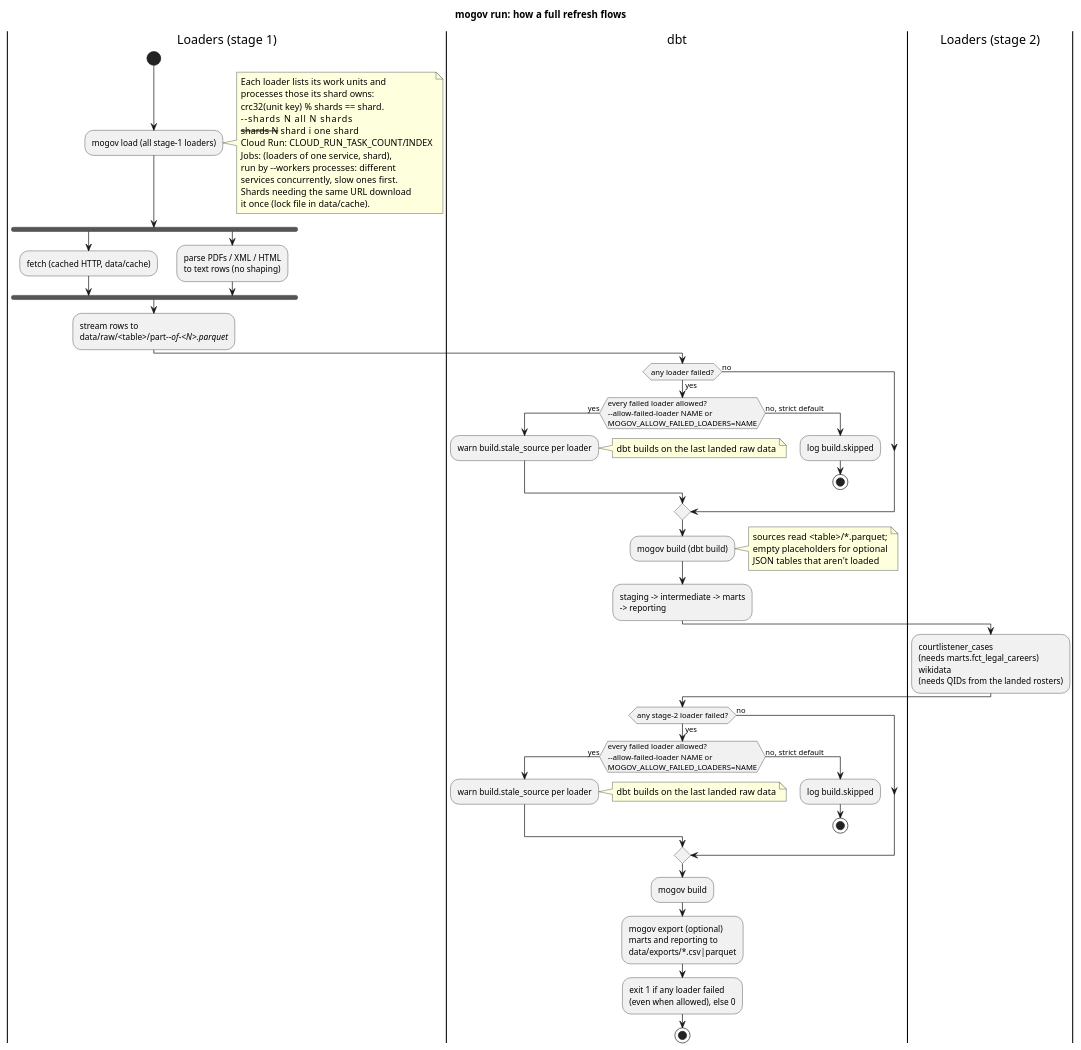
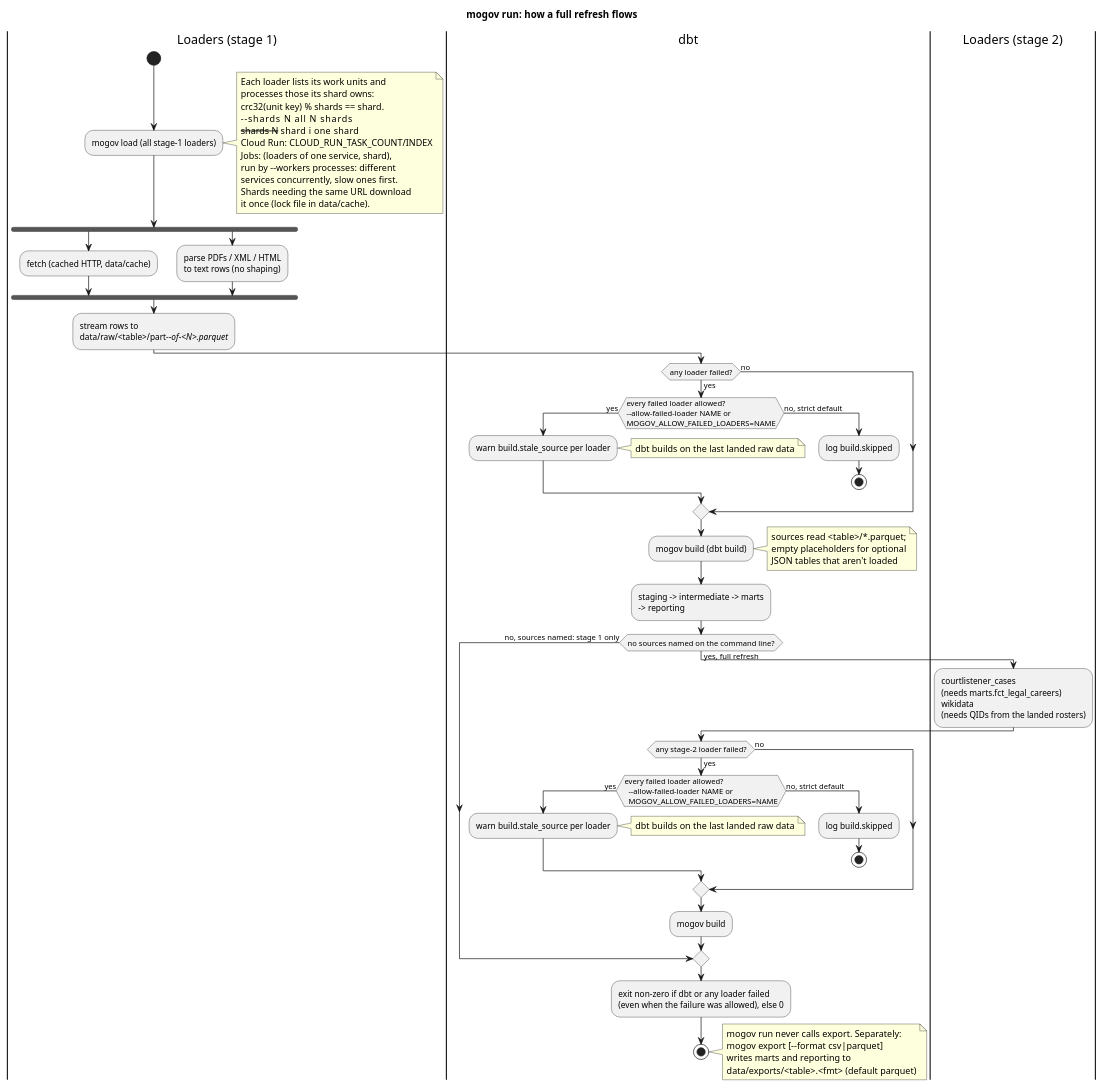
Before and after one commit to akettmann/missouri_gov_feed: the diagram in docs/diagrams/pipeline.puml, drawn with PlantUML. The commit also changed 3 other files, not shown here.

Commit message:
Shut metrics down once; correct pipeline diagram (stage 2 gating, exit, export) (#202)

```diff
--- a/docs/diagrams/pipeline.puml
+++ b/docs/diagrams/pipeline.puml
@@ -1,77 +1,84 @@
 @startuml pipeline
 title mogov run: how a full refresh flows
 
 |Loaders (stage 1)|
 start
 :mogov load (all stage-1 loaders);
 note right
   Each loader lists its work units and
   processes those its shard owns:
   crc32(unit key) % shards == shard.
   --shards N        all N shards
   --shards N --shard i   one shard
   Cloud Run: CLOUD_RUN_TASK_COUNT/INDEX
   Jobs: (loaders of one service, shard),
   run by --workers processes: different
   services concurrently, slow ones first.
   Shards needing the same URL download
   it once (lock file in data/cache).
 end note
 fork
   :fetch (cached HTTP, data/cache);
 fork again
   :parse PDFs / XML / HTML
   to text rows (no shaping);
 end fork
 :stream rows to
 data/raw/<table>/part-<i>-of-<N>.parquet;
 
 |dbt|
 if (any loader failed?) then (yes)
   if (every failed loader allowed?
 --allow-failed-loader NAME or
 MOGOV_ALLOW_FAILED_LOADERS=NAME) then (yes)
     :warn build.stale_source per loader;
     note right: dbt builds on the last landed raw data
   else (no, strict default)
     :log build.skipped;
     stop
   endif
 else (no)
 endif
 :mogov build (dbt build);
 note right
   sources read <table>/*.parquet;
   empty placeholders for optional
   JSON tables that aren't loaded
 end note
 :staging -> intermediate -> marts
 -> reporting;
 
-|Loaders (stage 2)|
-:courtlistener_cases
-(needs marts.fct_legal_careers)
-wikidata
-(needs QIDs from the landed rosters);
+if (no sources named on the command line?) then (yes, full refresh)
+  |Loaders (stage 2)|
+  :courtlistener_cases
+  (needs marts.fct_legal_careers)
+  wikidata
+  (needs QIDs from the landed rosters);
 
-|dbt|
-if (any stage-2 loader failed?) then (yes)
-  if (every failed loader allowed?
---allow-failed-loader NAME or
-MOGOV_ALLOW_FAILED_LOADERS=NAME) then (yes)
-    :warn build.stale_source per loader;
-    note right: dbt builds on the last landed raw data
-  else (no, strict default)
-    :log build.skipped;
-    stop
+  |dbt|
+  if (any stage-2 loader failed?) then (yes)
+    if (every failed loader allowed?
+  --allow-failed-loader NAME or
+  MOGOV_ALLOW_FAILED_LOADERS=NAME) then (yes)
+      :warn build.stale_source per loader;
+      note right: dbt builds on the last landed raw data
+    else (no, strict default)
+      :log build.skipped;
+      stop
+    endif
+  else (no)
   endif
-else (no)
+  :mogov build;
+else (no, sources named: stage 1 only)
 endif
-:mogov build;
-:mogov export (optional)
-marts and reporting to
-data/exports/*.csv|parquet;
-:exit 1 if any loader failed
-(even when allowed), else 0;
+:exit non-zero if dbt or any loader failed
+(even when the failure was allowed), else 0;
 stop
+
+note right
+  mogov run never calls export. Separately:
+  mogov export [--format csv|parquet]
+  writes marts and reporting to
+  data/exports/<table>.<fmt> (default parquet)
+end note
 @enduml
```
